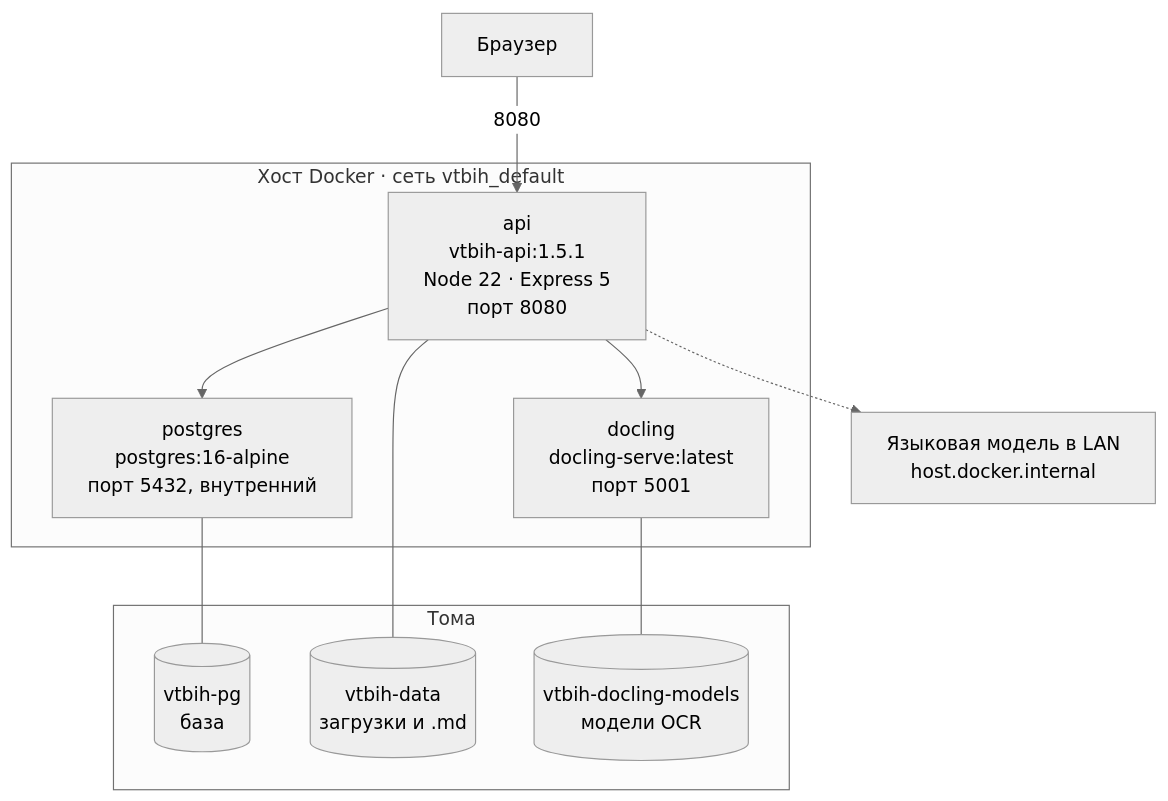
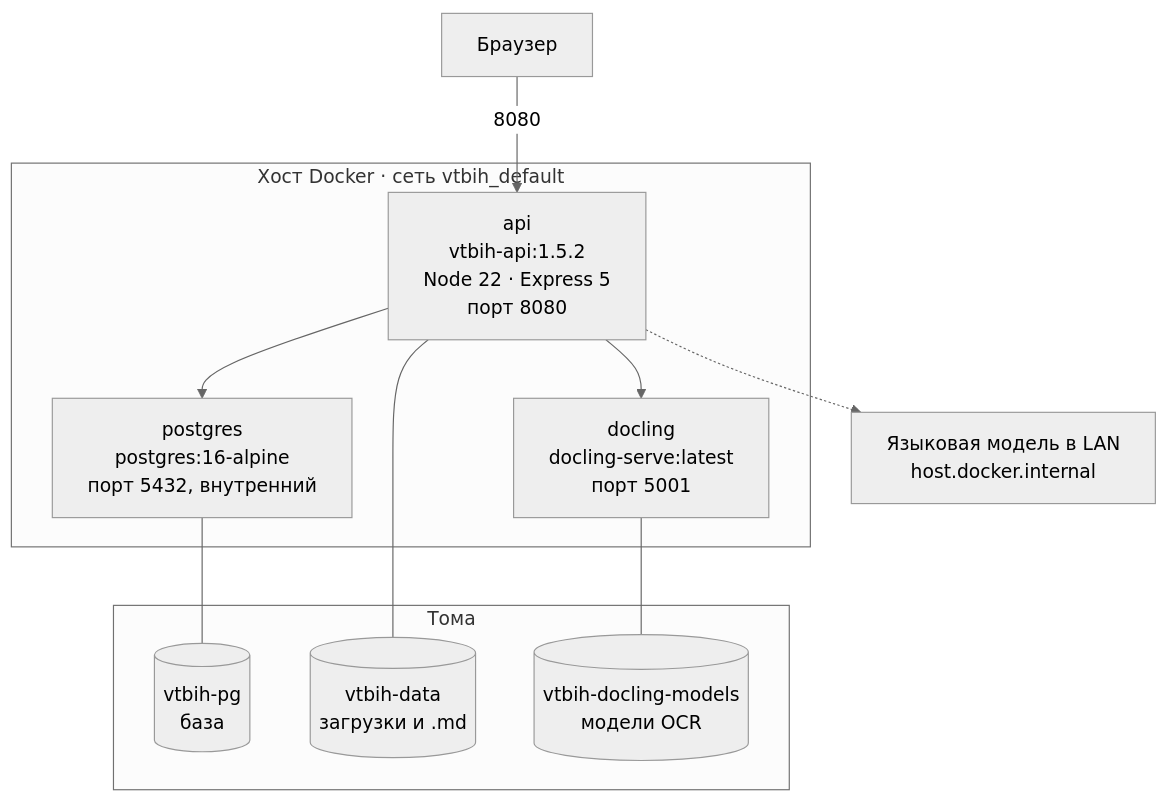
One commit to nedvedvoltera-ux/VTBIX changed the second of 4 diagrams in docs/architecture.md. Above: the diagram before and after it, drawn with Mermaid (neutral theme). The commit also changed other lines of this file and 9 other files, not shown here.

````diff
--- a/docs/architecture.md
+++ b/docs/architecture.md
@@ -51,25 +51,25 @@
 ```mermaid
 flowchart TB
     subgraph host["Хост Docker · сеть vtbih_default"]
-        api["api<br/>vtbih-api:1.5.1<br/>Node 22 · Express 5<br/>порт 8080"]
+        api["api<br/>vtbih-api:1.5.2<br/>Node 22 · Express 5<br/>порт 8080"]
         pg["postgres<br/>postgres:16-alpine<br/>порт 5432, внутренний"]
         dl["docling<br/>docling-serve:latest<br/>порт 5001"]
     end
 
     subgraph vols["Тома"]
         v1[("vtbih-pg<br/>база")]
         v2[("vtbih-data<br/>загрузки и .md")]
         v3[("vtbih-docling-models<br/>модели OCR")]
     end
 
     lan["Языковая модель в LAN<br/>host.docker.internal"]
     browser["Браузер"]
 
     browser -->|"8080"| api
     api --> pg
     api --> dl
     api -.-> lan
     pg --- v1
     api --- v2
     dl --- v3
 ```
````
